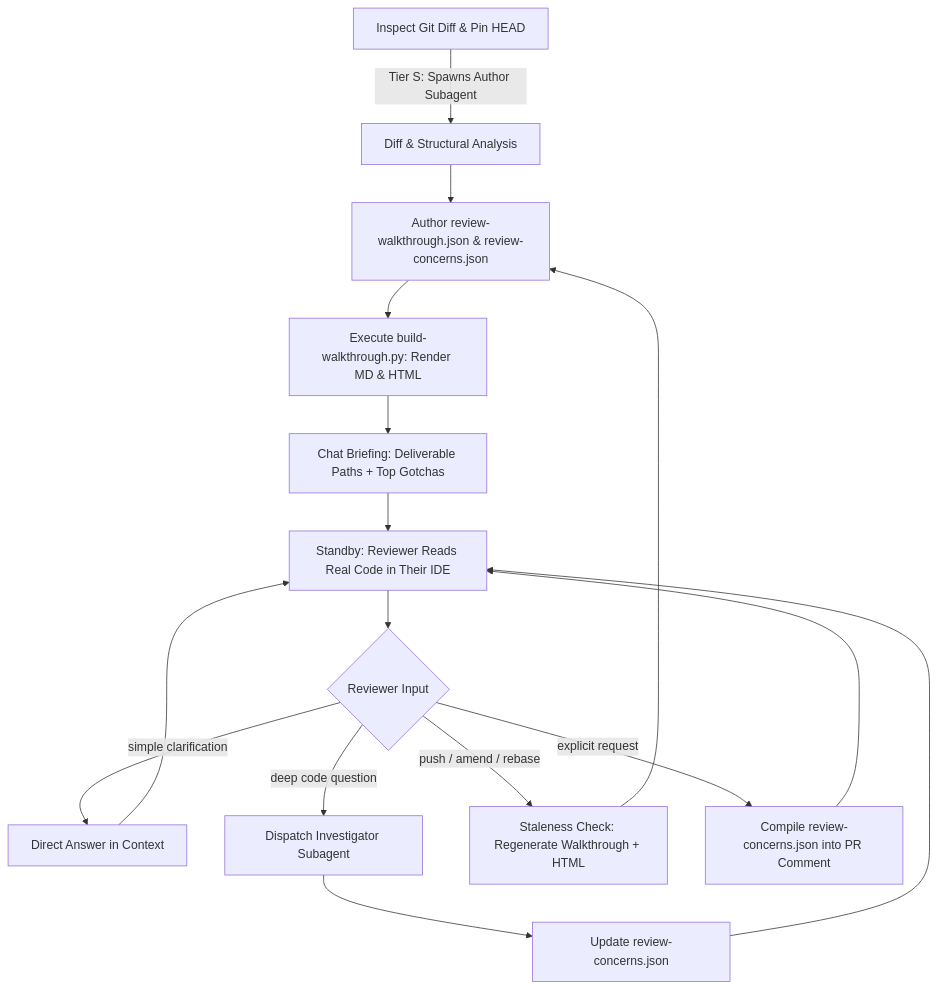
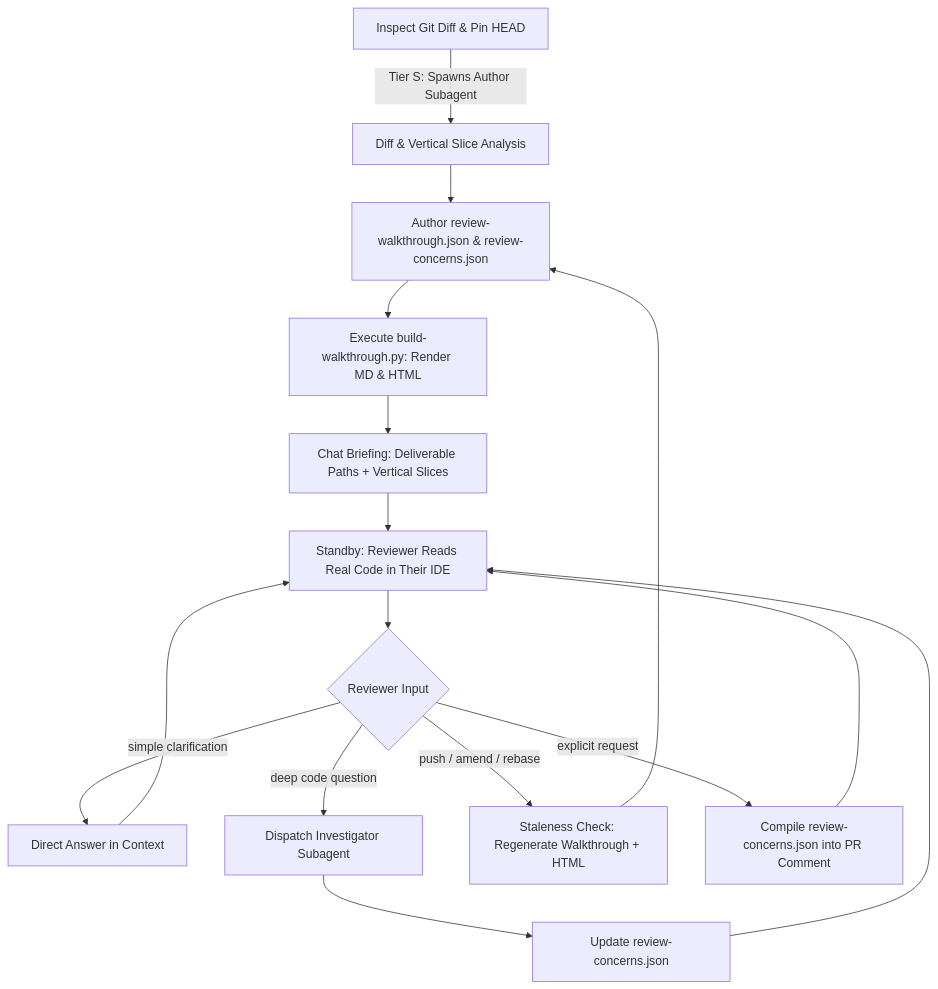
Before and after one commit to SMhdAsadi/my-skills: the diagram in skills/review-walkthrough/README.md, drawn with Mermaid. The commit also changed other lines of this file and 5 other files, not shown here.

````diff
--- a/skills/review-walkthrough/README.md
+++ b/skills/review-walkthrough/README.md
@@ -79,18 +78,18 @@
 ```mermaid
 flowchart TD
-    A[Inspect Git Diff & Pin HEAD] -->|Tier S: Spawns Author Subagent| B[Diff & Structural Analysis]
+    A[Inspect Git Diff & Pin HEAD] -->|Tier S: Spawns Author Subagent| B[Diff & Vertical Slice Analysis]
     B --> C[Author review-walkthrough.json & review-concerns.json]
     C --> C2[Execute build-walkthrough.py: Render MD & HTML]
-    C2 --> D[Chat Briefing: Deliverable Paths + Top Gotchas]
+    C2 --> D[Chat Briefing: Deliverable Paths + Vertical Slices]
     D --> E[Standby: Reviewer Reads Real Code in Their IDE]
     E --> F{Reviewer Input}
     F -- "simple clarification" --> G1[Direct Answer in Context]
     G1 --> E
     F -- "deep code question" --> G2[Dispatch Investigator Subagent]
     G2 --> G3[Update review-concerns.json]
     G3 --> E
     F -- "push / amend / rebase" --> H[Staleness Check: Regenerate Walkthrough + HTML]
     H --> C
     F -- "explicit request" --> I[Compile review-concerns.json into PR Comment]
     I --> E
 ```
````
